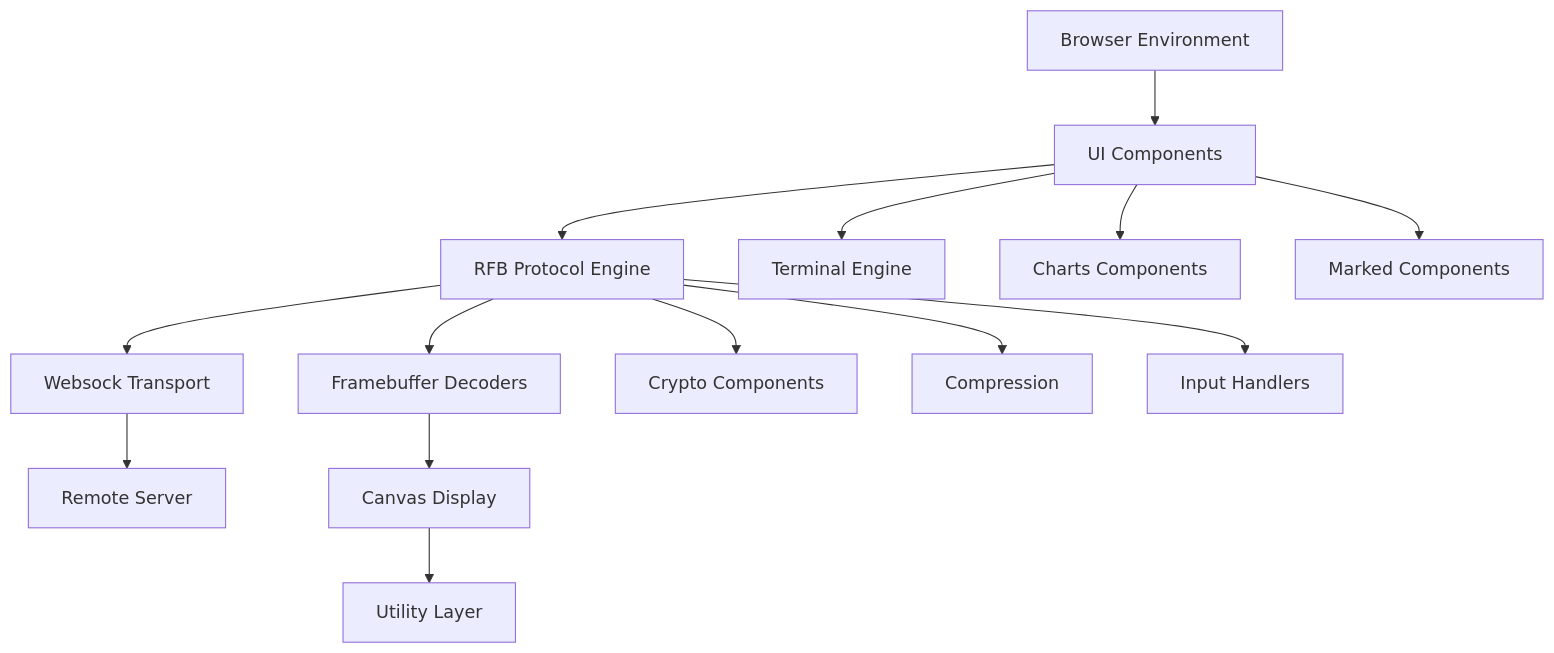
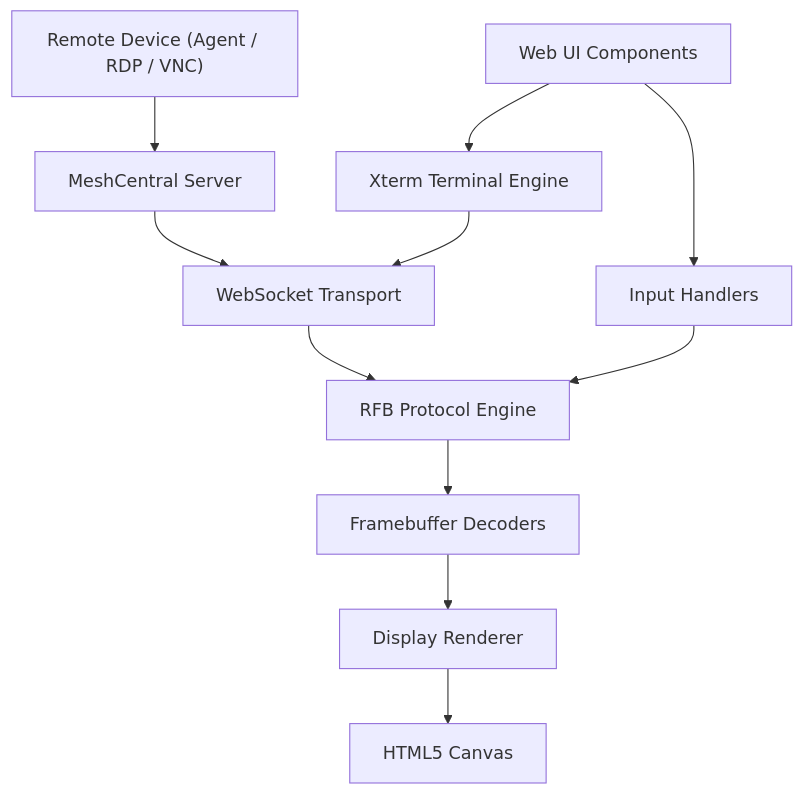
Before and after one commit to Ylianst/MeshCentral: the first of 7 diagrams in docs/reference/architecture/README.md, drawn with Mermaid. The commit also changed other lines of this file and 642 other files, not shown here.

````diff
--- a/docs/reference/architecture/README.md
+++ b/docs/reference/architecture/README.md
@@ -28,20 +35,26 @@
 ```mermaid
 flowchart TD
-    Browser["Browser Environment"] --> UI["UI Components"]
-    UI --> RFB["RFB Protocol Engine"]
-    UI --> Xterm["Terminal Engine"]
-    UI --> Charts["Charts Components"]
-    UI --> Markdown["Marked Components"]
+    RemoteDevice["Remote Device (Agent / RDP / VNC)"]
+    Server["MeshCentral Server"]
+    WebSocket["WebSocket Transport"]
+    RFB["RFB Protocol Engine"]
+    Decoders["Framebuffer Decoders"]
+    Display["Display Renderer"]
+    Canvas["HTML5 Canvas"]
+    InputHandlers["Input Handlers"]
+    Xterm["Xterm Terminal Engine"]
+    UI["Web UI Components"]
 
-    RFB --> Websock["Websock Transport"]
-    Websock --> Server["Remote Server"]
+    RemoteDevice --> Server
+    Server --> WebSocket
+    WebSocket --> RFB
+    RFB --> Decoders
+    Decoders --> Display
+    Display --> Canvas
 
-    RFB --> Decoders["Framebuffer Decoders"]
-    Decoders --> Display["Canvas Display"]
+    UI --> InputHandlers
+    InputHandlers --> RFB
 
-    RFB --> Crypto["Crypto Components"]
-    RFB --> Compression["Compression"]
-    RFB --> Input["Input Handlers"]
-
-    Display --> Utility["Utility Layer"]
+    UI --> Xterm
+    Xterm --> WebSocket
 ```
````
